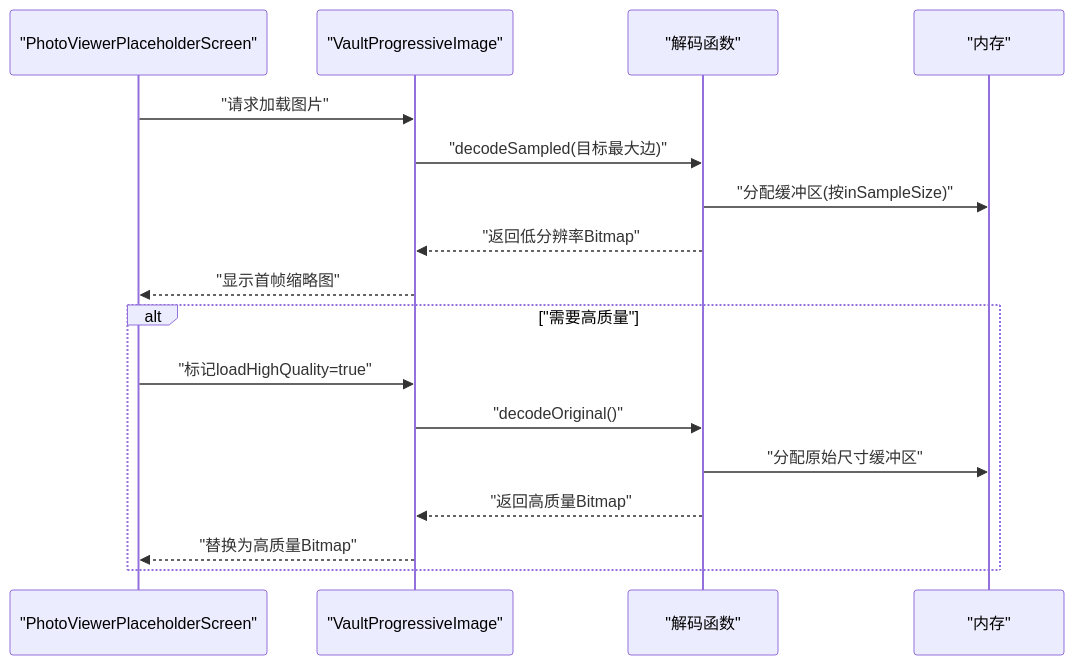
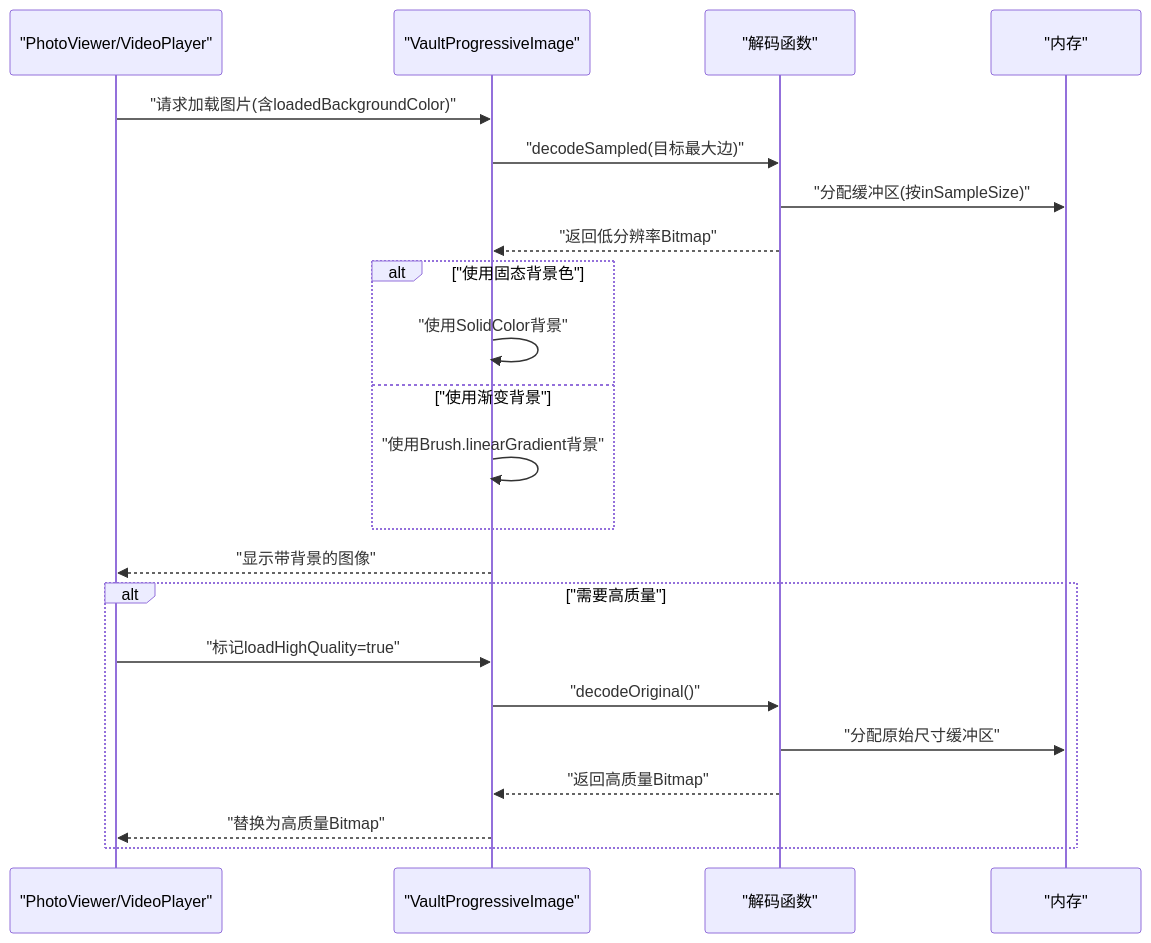
Before and after one commit to wanhongbo/ai-photo-vault: the third of 8 diagrams in .qoder/repowiki/zh/content/性能优化/图像处理优化.md, drawn with Mermaid. The commit also changed other lines of this file and 22 other files, not shown here.

````diff
--- a/.qoder/repowiki/zh/content/性能优化/图像处理优化.md
+++ b/.qoder/repowiki/zh/content/性能优化/图像处理优化.md
@@ -157,19 +173,24 @@
 ```mermaid
 sequenceDiagram
-participant UI as "PhotoViewerPlaceholderScreen"
+participant UI as "PhotoViewer/VideoPlayer"
 participant Comp as "VaultProgressiveImage"
 participant Dec as "解码函数"
 participant Mem as "内存"
-UI->>Comp : "请求加载图片"
+UI->>Comp : "请求加载图片(含loadedBackgroundColor)"
 Comp->>Dec : "decodeSampled(目标最大边)"
 Dec->>Mem : "分配缓冲区(按inSampleSize)"
 Dec-->>Comp : "返回低分辨率Bitmap"
-Comp-->>UI : "显示首帧缩略图"
+alt "使用固态背景色"
+Comp->>Comp : "使用SolidColor背景"
+else "使用渐变背景"
+Comp->>Comp : "使用Brush.linearGradient背景"
+end
+Comp-->>UI : "显示带背景的图像"
 alt "需要高质量"
 UI->>Comp : "标记loadHighQuality=true"
 Comp->>Dec : "decodeOriginal()"
 Dec->>Mem : "分配原始尺寸缓冲区"
 Dec-->>Comp : "返回高质量Bitmap"
 Comp-->>UI : "替换为高质量Bitmap"
 end
 ```
````
